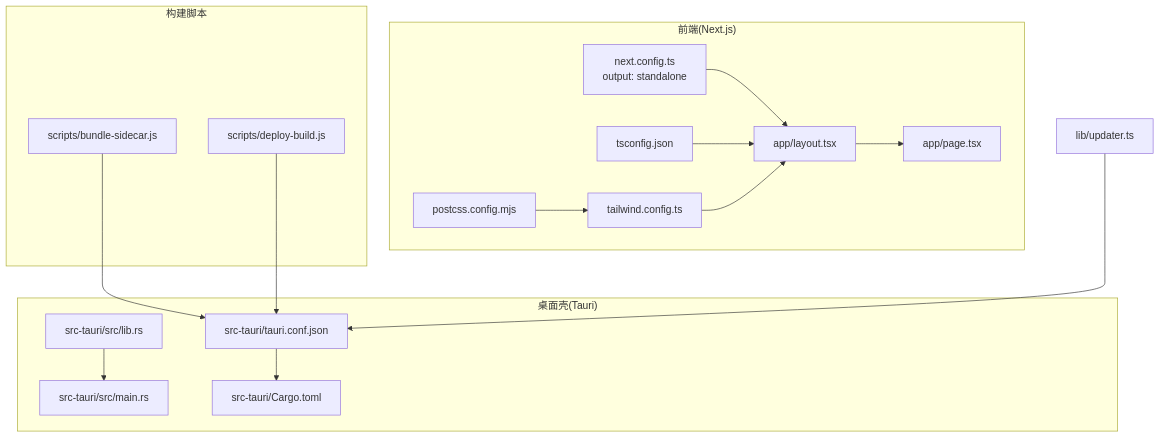
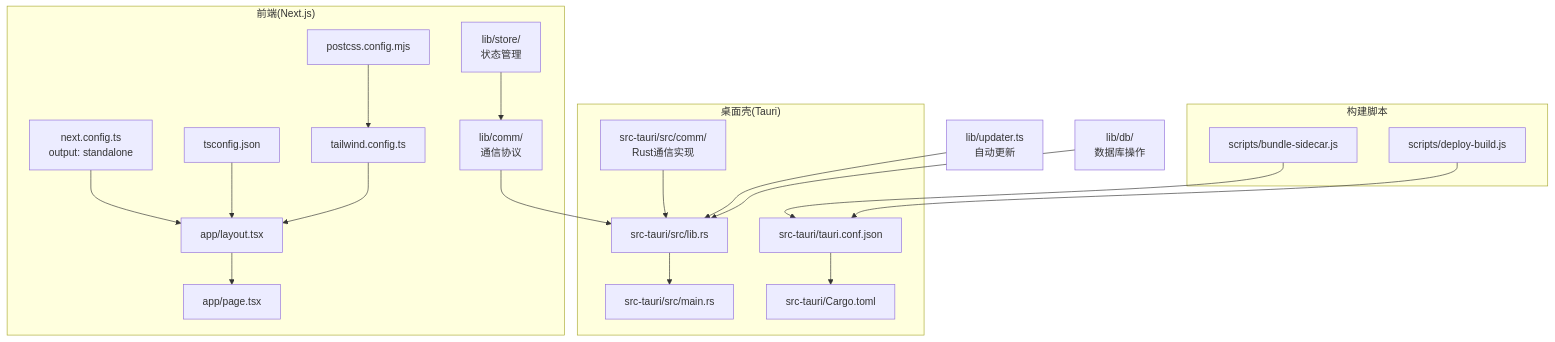
The first of 3 diagrams in .qoder/repowiki/zh/content/开发指南.md (ggtiger/SSTS), drawn with Mermaid before and after one commit. The commit also changed other lines of this file and 12 other files, not shown here.

````diff
--- a/.qoder/repowiki/zh/content/开发指南.md
+++ b/.qoder/repowiki/zh/content/开发指南.md
@@ -45,32 +70,40 @@
 ```mermaid
 graph TB
 subgraph "前端(Next.js)"
 A["app/layout.tsx"]
 B["app/page.tsx"]
 C["next.config.ts<br/>output: standalone"]
 D["tsconfig.json"]
 E["tailwind.config.ts"]
 F["postcss.config.mjs"]
+G["lib/store/<br/>状态管理"]
+H["lib/comm/<br/>通信协议"]
 end
 subgraph "桌面壳(Tauri)"
-G["src-tauri/src/lib.rs"]
-H["src-tauri/src/main.rs"]
-I["src-tauri/tauri.conf.json"]
-J["src-tauri/Cargo.toml"]
+I["src-tauri/src/lib.rs"]
+J["src-tauri/src/main.rs"]
+K["src-tauri/tauri.conf.json"]
+L["src-tauri/Cargo.toml"]
+M["src-tauri/src/comm/<br/>Rust通信实现"]
 end
 subgraph "构建脚本"
-K["scripts/bundle-sidecar.js"]
-L["scripts/deploy-build.js"]
+N["scripts/bundle-sidecar.js"]
+O["scripts/deploy-build.js"]
 end
-M["lib/updater.ts"]
+P["lib/updater.ts<br/>自动更新"]
+Q["lib/db/<br/>数据库操作"]
 A --> B
 C --> A
 D --> A
 E --> A
 F --> E
-K --> I
-L --> I
+G --> H
+H --> I
+I --> J
+K --> L
 M --> I
-G --> H
-I --> J
+N --> K
+O --> K
+P --> I
+Q --> I
 ```
````
